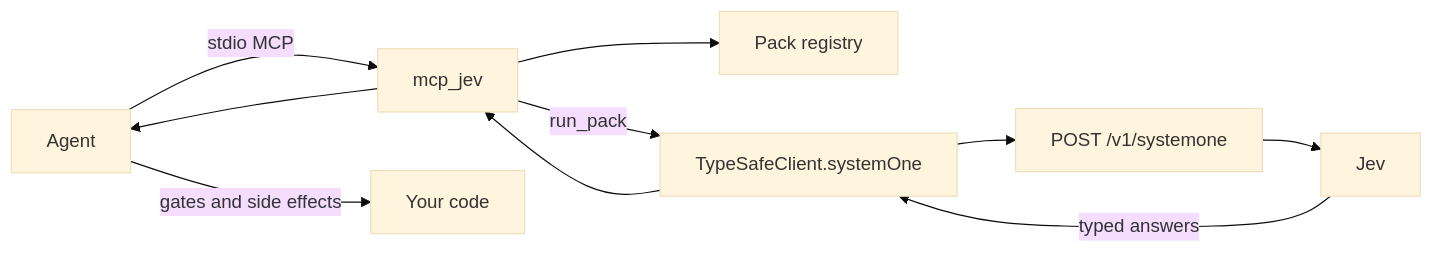
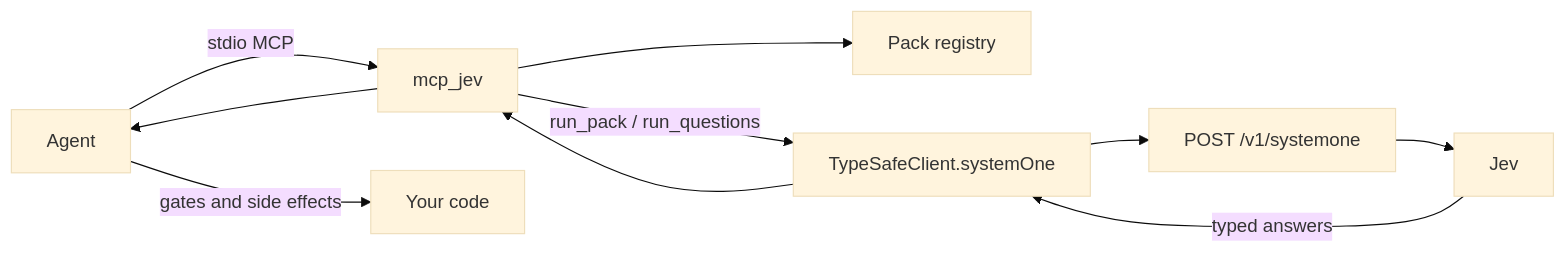
Before and after one commit to pedroknigge/mcp_jev: the diagram in README.md, drawn with Mermaid (base theme). The commit also changed other lines of this file and 17 other files, not shown here.

First line of the commit message:
Add run_questions for typed custom System One judgments (#28)

````diff
--- a/README.md
+++ b/README.md
@@ -447,12 +454,12 @@
 ```mermaid
 flowchart LR
   Agent[Agent] -->|stdio MCP| Server["mcp_jev"]
   Server --> Packs[Pack registry]
-  Server -->|run_pack| SDK["TypeSafeClient.systemOne"]
+  Server -->|run_pack / run_questions| SDK["TypeSafeClient.systemOne"]
   SDK --> API["POST /v1/systemone"]
   API --> Jev["Jev"]
   Jev -->|typed answers| SDK
   SDK --> Server
   Server --> Agent
   Agent -->|gates and side effects| Code[Your code]
 ```
````
